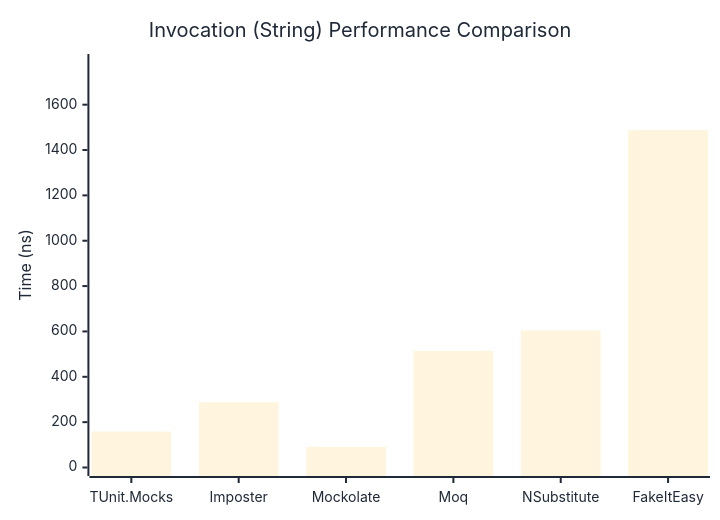
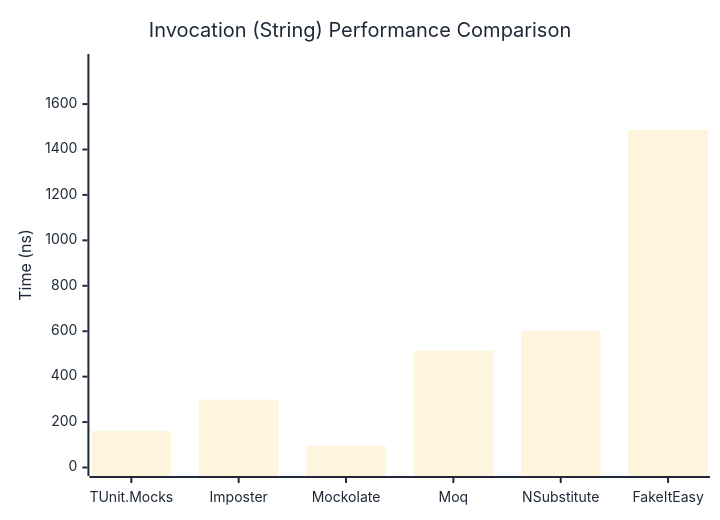
Before and after one commit to thomhurst/TUnit: the second of 3 diagrams in docs/docs/benchmarks/mocks/Invocation.md, drawn with Mermaid. The commit also changed other lines of this file and 14 other files, not shown here.

````diff
--- a/docs/docs/benchmarks/mocks/Invocation.md
+++ b/docs/docs/benchmarks/mocks/Invocation.md
@@ -69,27 +69,27 @@
 ```mermaid
 %%{init: {
   'theme':'base',
   'themeVariables': {
     'primaryColor': '#2563eb',
     'primaryTextColor': '#1f2937',
     'primaryBorderColor': '#1e40af',
     'lineColor': '#6b7280',
     'secondaryColor': '#7c3aed',
     'tertiaryColor': '#dc2626',
     'background': '#ffffff',
     'pie1': '#2563eb',
     'pie2': '#7c3aed',
     'pie3': '#dc2626',
     'pie4': '#f59e0b',
     'pie5': '#10b981',
     'pie6': '#06b6d4',
     'pie7': '#ec4899',
     'pie8': '#6366f1'
   }
 }}%%
 xychart-beta
   title "Invocation (String) Performance Comparison"
   x-axis ["TUnit.Mocks", "Imposter", "Mockolate", "Moq", "NSubstitute", "FakeItEasy"]
-  y-axis "Time (ns)" 0 --> 1786
-  bar [158.77, 287.83, 90.76, 514.18, 604.24, 1487.68]
+  y-axis "Time (ns)" 0 --> 1783
+  bar [160.37, 299.72, 95.72, 514.31, 601.13, 1485.52]
 ```
````
